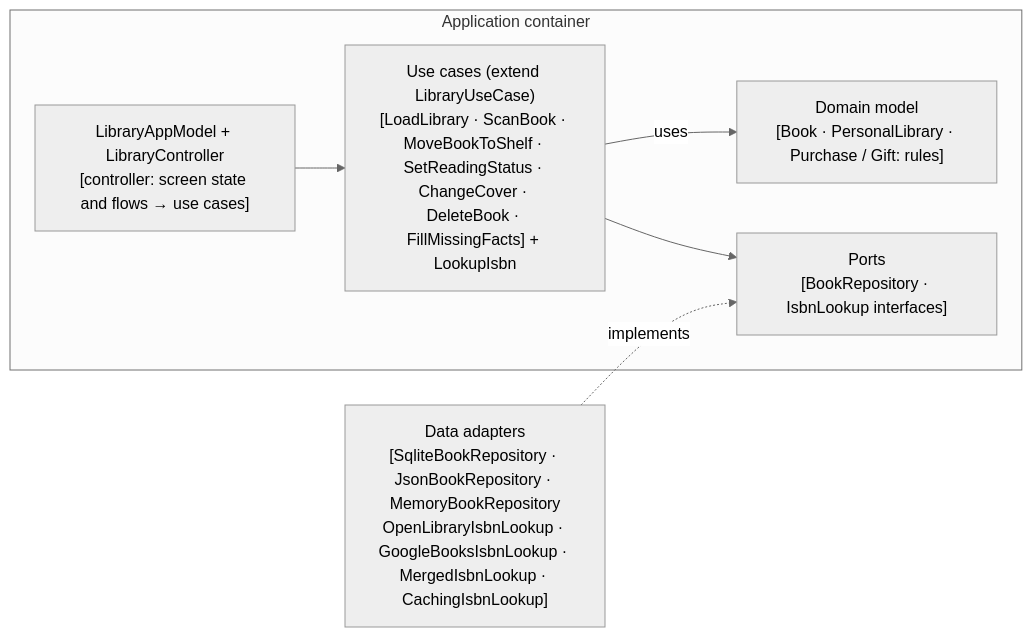
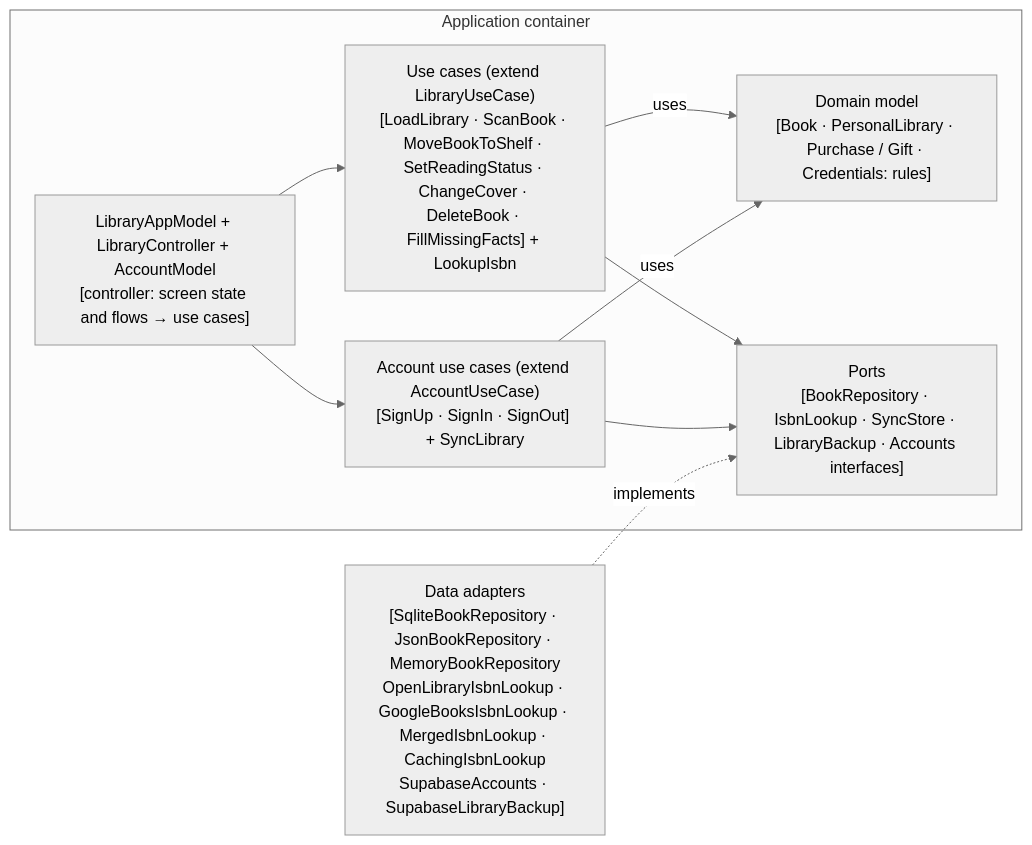
The third of 7 diagrams in README.md (ghechavarria/cen5064-project-hechavarria), drawn with Mermaid (neutral theme) before and after one commit. The commit also changed other lines of this file, not shown here.

First line of the commit message:
README: architecture diagrams and tier table cover feature 4; ADR-012 listed

````diff
--- a/README.md
+++ b/README.md
@@ -171,13 +175,17 @@
 ```mermaid
 flowchart LR
     subgraph Application [Application container]
-        controller["LibraryAppModel + LibraryController<br/>[controller: screen state and flows → use cases]"]
+        controller["LibraryAppModel + LibraryController + AccountModel<br/>[controller: screen state and flows → use cases]"]
         services["Use cases (extend LibraryUseCase)<br/>[LoadLibrary · ScanBook · MoveBookToShelf · SetReadingStatus · ChangeCover · DeleteBook · FillMissingFacts] + LookupIsbn"]
-        domain["Domain model<br/>[Book · PersonalLibrary · Purchase / Gift: rules]"]
-        ports["Ports<br/>[BookRepository · IsbnLookup interfaces]"]
+        accountServices["Account use cases (extend AccountUseCase)<br/>[SignUp · SignIn · SignOut] + SyncLibrary"]
+        domain["Domain model<br/>[Book · PersonalLibrary · Purchase / Gift · Credentials: rules]"]
+        ports["Ports<br/>[BookRepository · IsbnLookup · SyncStore · LibraryBackup · Accounts interfaces]"]
         controller --> services
+        controller --> accountServices
         services -->|uses| domain
+        accountServices -->|uses| domain
         services --> ports
+        accountServices --> ports
     end
-    adapters["Data adapters<br/>[SqliteBookRepository · JsonBookRepository · MemoryBookRepository<br/>OpenLibraryIsbnLookup · GoogleBooksIsbnLookup · MergedIsbnLookup · CachingIsbnLookup]"] -.->|implements| ports
+    adapters["Data adapters<br/>[SqliteBookRepository · JsonBookRepository · MemoryBookRepository<br/>OpenLibraryIsbnLookup · GoogleBooksIsbnLookup · MergedIsbnLookup · CachingIsbnLookup<br/>SupabaseAccounts · SupabaseLibraryBackup]"] -.->|implements| ports
 ```
````
